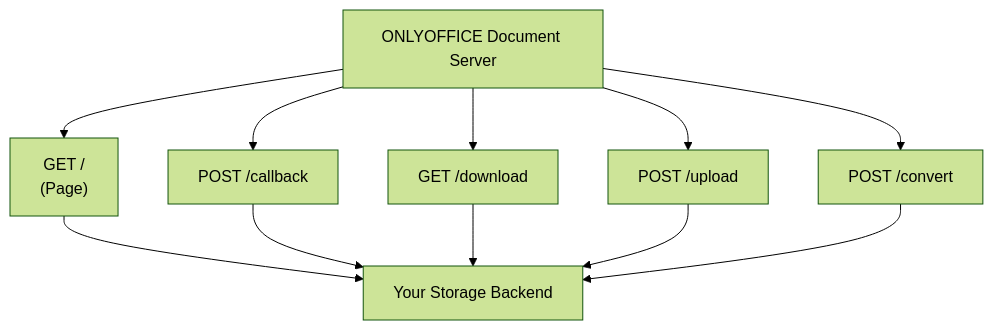
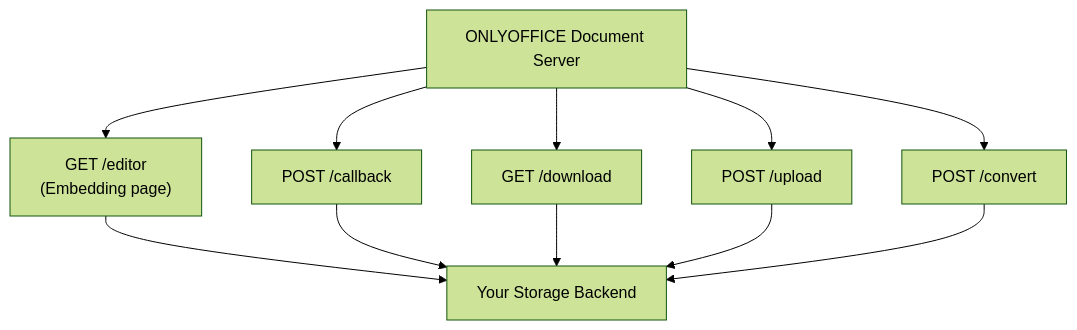
One commit to ONLYOFFICE/agent-skills changed the diagram in skills/doceditor-integration/references/example.md. Above: the diagram before and after it, drawn with Mermaid (forest theme). The commit also changed other lines of this file and 46 other files, not shown here.

````diff
--- a/skills/doceditor-integration/references/example.md
+++ b/skills/doceditor-integration/references/example.md
@@ -26,14 +26,14 @@
 ```mermaid
 flowchart TB
     DS[ONLYOFFICE Document Server]
-    DS --> R1["GET /<br/>(Page)"]
+    DS --> R1["GET /editor<br/>(Embedding page)"]
     DS --> R2["POST /callback"]
     DS --> R3["GET /download"]
     DS --> R4["POST /upload"]
     DS --> R5["POST /convert"]
     R1 --> BE[Your Storage Backend]
     R2 --> BE
     R3 --> BE
     R4 --> BE
     R5 --> BE
 ```
````
